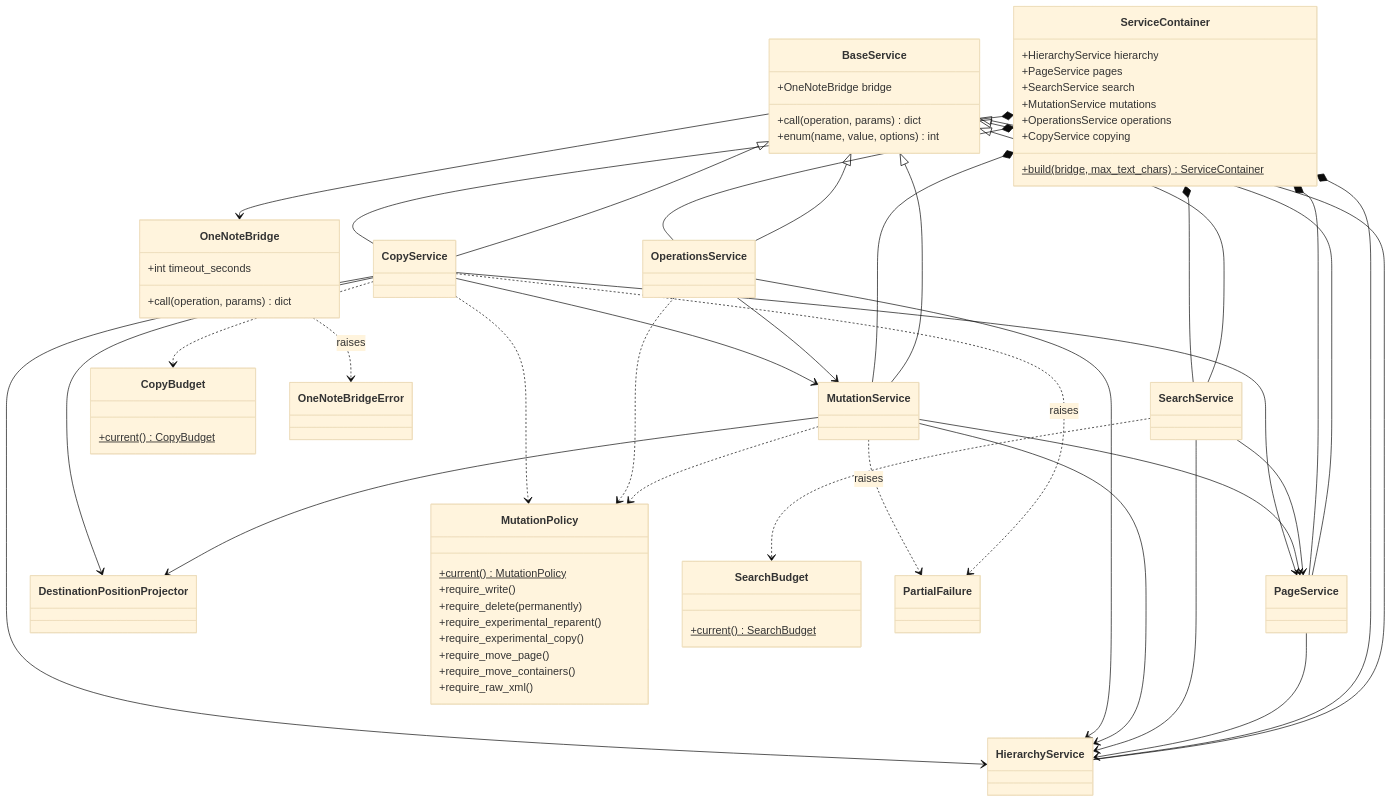
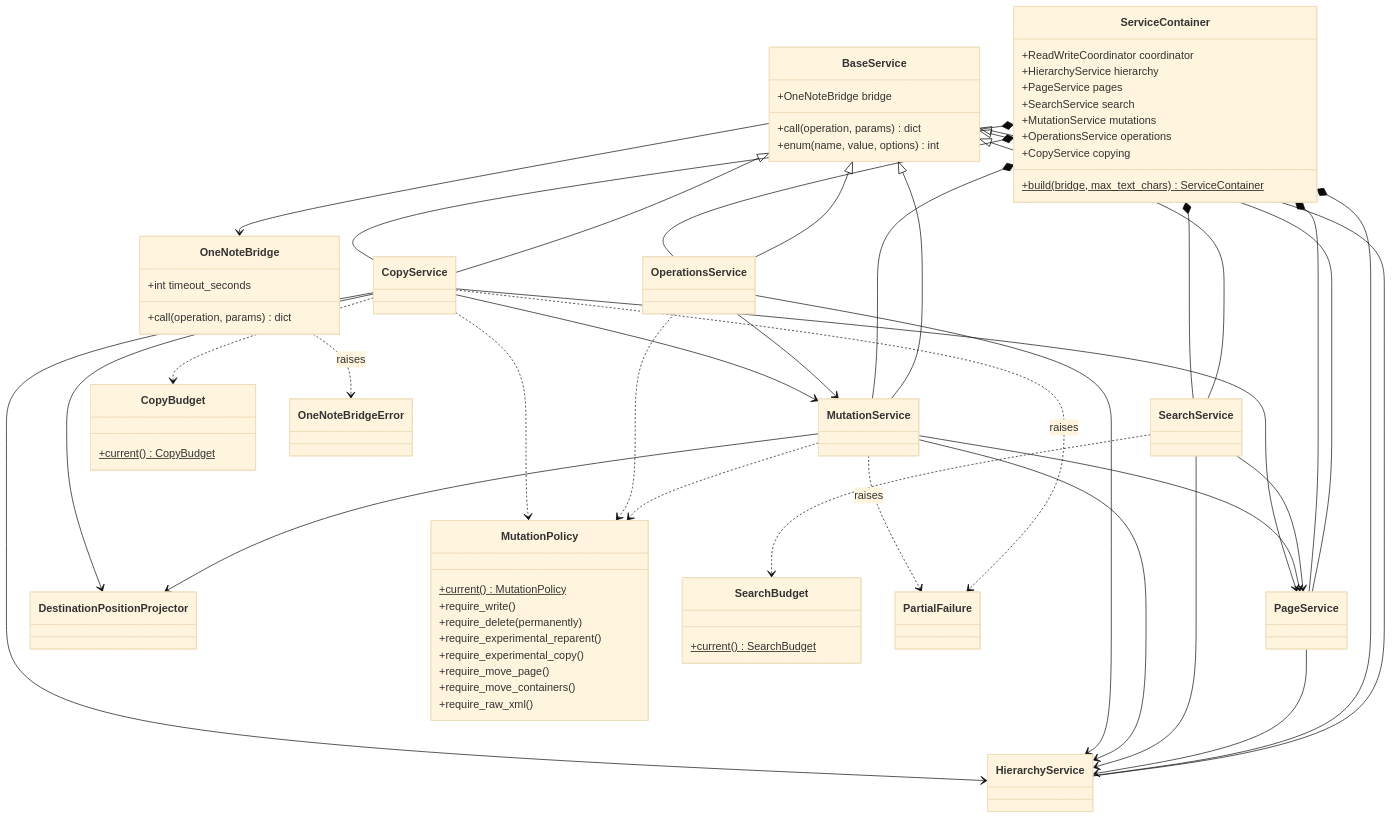
Before and after one commit to Kaomsos/onenote-com-mcp: the second of 6 diagrams in docs/design/architecture.md, drawn with Mermaid (base theme). The commit also changed other lines of this file and 35 other files, not shown here.

````diff
--- a/docs/design/architecture.md
+++ b/docs/design/architecture.md
@@ -96,80 +100,81 @@
 ```mermaid
 classDiagram
     class ServiceContainer {
+        +ReadWriteCoordinator coordinator
         +HierarchyService hierarchy
         +PageService pages
         +SearchService search
         +MutationService mutations
         +OperationsService operations
         +CopyService copying
         +build(bridge, max_text_chars)$ ServiceContainer
     }
     class BaseService {
         +OneNoteBridge bridge
         +call(operation, params) dict
         +enum(name, value, options) int
     }
     class HierarchyService
     class PageService
     class SearchService
     class MutationService
     class OperationsService
     class CopyService
     class DestinationPositionProjector
     class OneNoteBridge {
         +int timeout_seconds
         +call(operation, params) dict
     }
     class MutationPolicy {
         +current()$ MutationPolicy
         +require_write()
         +require_delete(permanently)
         +require_experimental_reparent()
         +require_experimental_copy()
         +require_move_page()
         +require_move_containers()
         +require_raw_xml()
     }
     class SearchBudget {
         +current()$ SearchBudget
     }
     class CopyBudget {
         +current()$ CopyBudget
     }
     class PartialFailure
     class OneNoteBridgeError
 
     BaseService <|-- HierarchyService
     BaseService <|-- PageService
     BaseService <|-- SearchService
     BaseService <|-- MutationService
     BaseService <|-- OperationsService
     BaseService <|-- CopyService
     MutationService --> DestinationPositionProjector
     CopyService --> DestinationPositionProjector
     ServiceContainer *-- HierarchyService
     ServiceContainer *-- PageService
     ServiceContainer *-- SearchService
     ServiceContainer *-- MutationService
     ServiceContainer *-- OperationsService
     ServiceContainer *-- CopyService
     PageService --> HierarchyService
     SearchService --> HierarchyService
     SearchService --> PageService
     MutationService --> HierarchyService
     MutationService --> PageService
     OperationsService --> HierarchyService
     OperationsService --> MutationService
     CopyService --> HierarchyService
     CopyService --> PageService
     CopyService --> MutationService
     BaseService --> OneNoteBridge
     MutationService ..> MutationPolicy
     OperationsService ..> MutationPolicy
     SearchService ..> SearchBudget
     CopyService ..> MutationPolicy
     CopyService ..> CopyBudget
     CopyService ..> PartialFailure : raises
     MutationService ..> PartialFailure : raises
     OneNoteBridge ..> OneNoteBridgeError : raises
 ```
````
